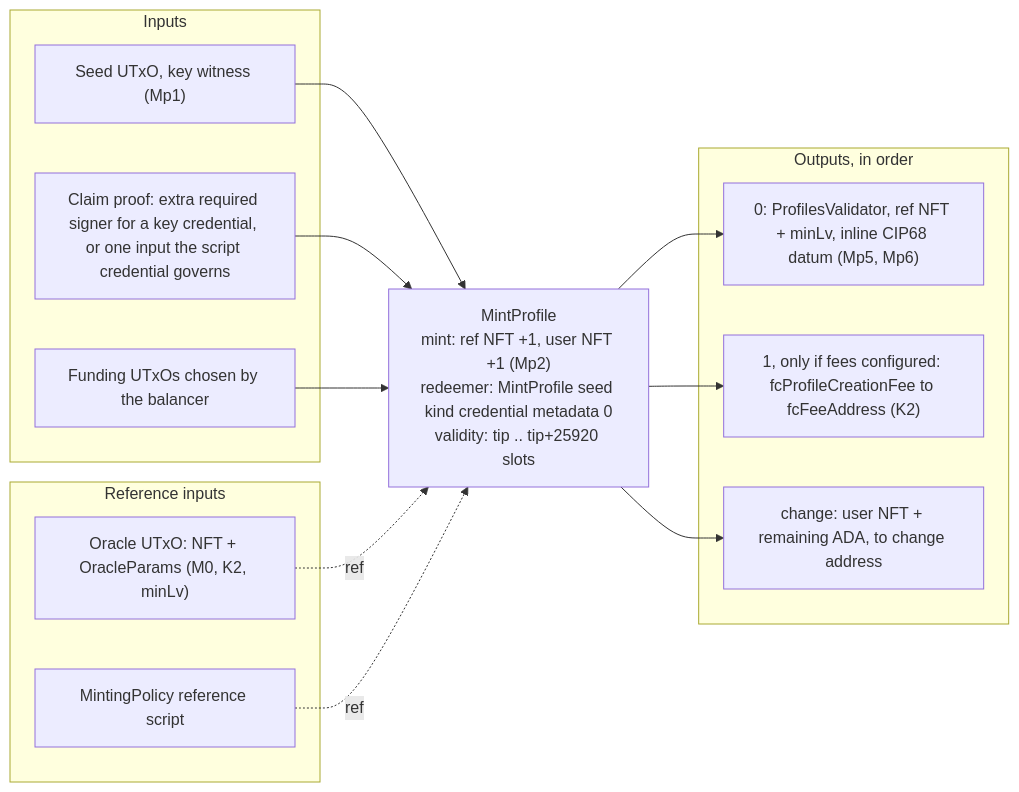
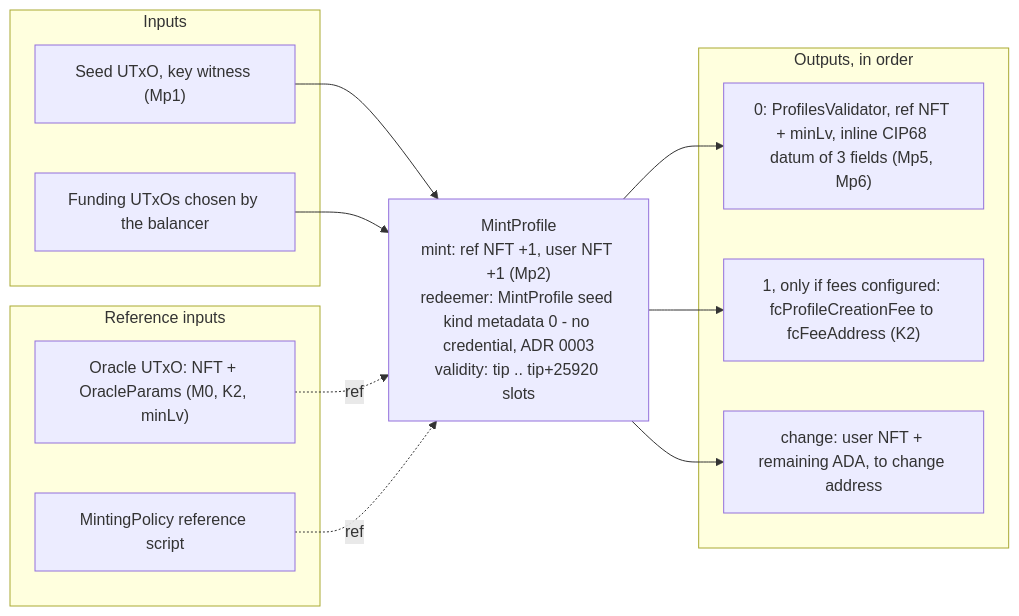
The second of 13 diagrams in docs/architecture/onchain-flows.md (en7angled/palmares), drawn with Mermaid before and after one commit. The commit also changed other lines of this file and 18 other files, not shown here.

````diff
--- a/docs/architecture/onchain-flows.md
+++ b/docs/architecture/onchain-flows.md
@@ -172,26 +188,24 @@
 ```mermaid
 flowchart LR
   subgraph IN["Inputs"]
     seed["Seed UTxO, key witness (Mp1)"]
-    proof["Claim proof: extra required signer for a key credential, or one input the script credential governs"]
     fund["Funding UTxOs chosen by the balancer"]
   end
   subgraph REF["Reference inputs"]
     oracle["Oracle UTxO: NFT + OracleParams (M0, K2, minLv)"]
     mpref["MintingPolicy reference script"]
   end
-  tx["MintProfile<br/>mint: ref NFT +1, user NFT +1 (Mp2)<br/>redeemer: MintProfile seed kind credential metadata 0<br/>validity: tip .. tip+25920 slots"]
+  tx["MintProfile<br/>mint: ref NFT +1, user NFT +1 (Mp2)<br/>redeemer: MintProfile seed kind metadata 0 - no credential, ADR 0003<br/>validity: tip .. tip+25920 slots"]
   subgraph OUT["Outputs, in order"]
-    o0["0: ProfilesValidator, ref NFT + minLv, inline CIP68 datum (Mp5, Mp6)"]
+    o0["0: ProfilesValidator, ref NFT + minLv, inline CIP68 datum of 3 fields (Mp5, Mp6)"]
     o1["1, only if fees configured: fcProfileCreationFee to fcFeeAddress (K2)"]
     chg["change: user NFT + remaining ADA, to change address"]
   end
   seed --> tx
-  proof --> tx
   fund --> tx
   oracle -. ref .-> tx
   mpref -. ref .-> tx
   tx --> o0
   tx --> o1
   tx --> chg
 ```
````
